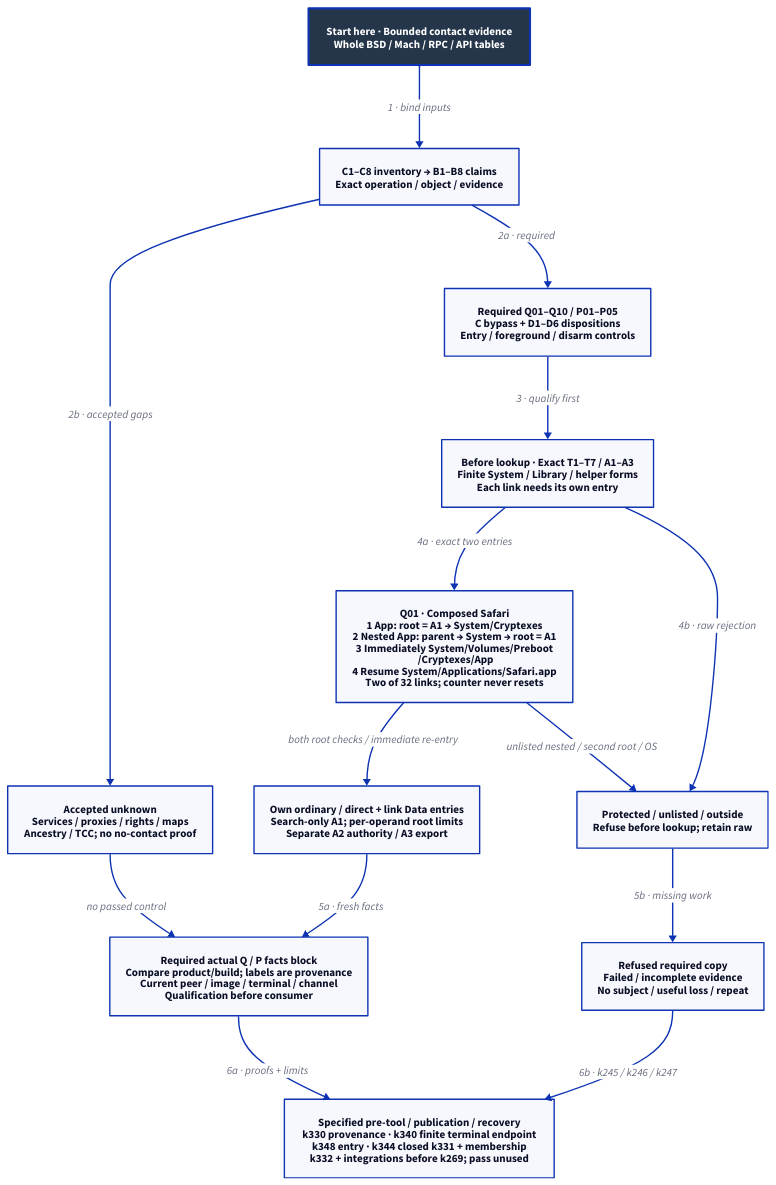
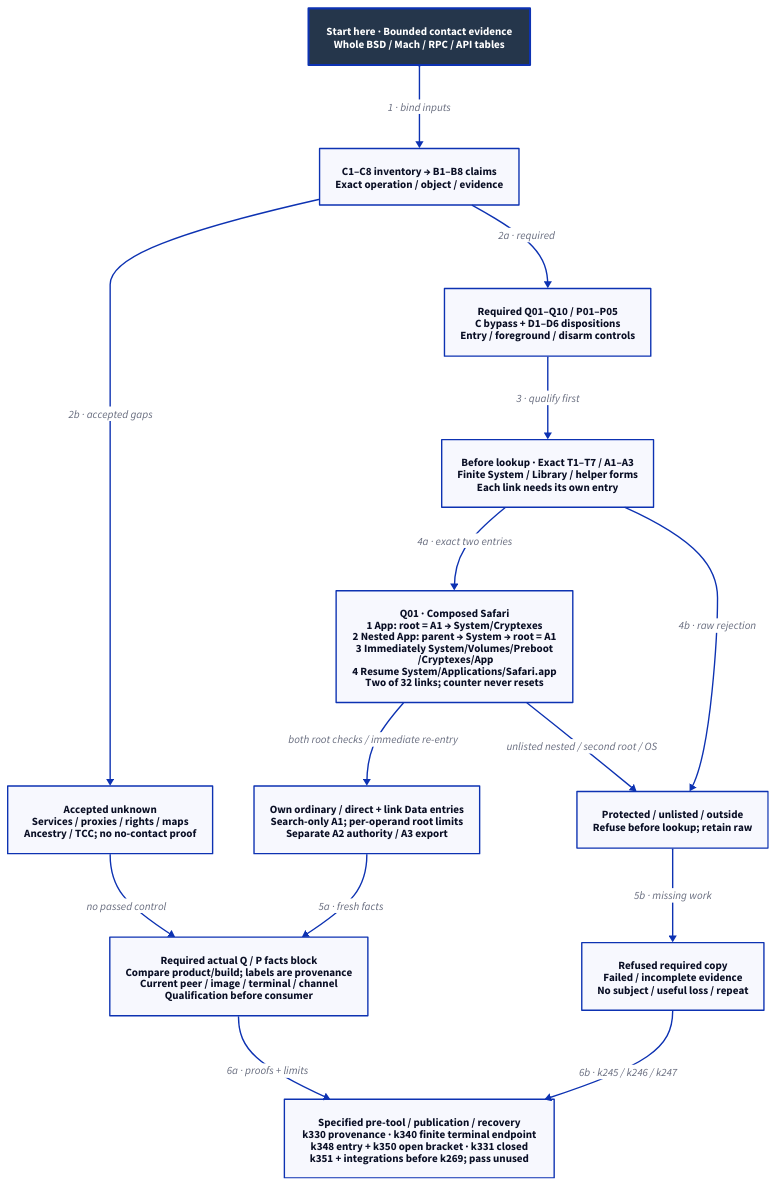
One commit to Linkuistics/Koine changed the diagram in docs/design/architecture/native-reference-contact.d2. Above: the diagram before and after it, drawn with D2. The commit also changed 30 other files, not shown here.

First line of the commit message:
Specify selection within an open inter-checkpoint bracket (reference-evidence-open-bracket-selection-k350)

```diff
--- a/docs/design/architecture/native-reference-contact.d2
+++ b/docs/design/architecture/native-reference-contact.d2
@@ -1,29 +1,29 @@
-# K344 closed k331 with new whole membership; k332 review and integrations precede use.
+# K350 open-bracket selection and membership; k351 review and integrations precede use.
 direction: down
 classes: {
   start: {style: {fill: "#25364B"; font-color: "#FFFFFF"; bold: true; stroke-width: 3}}
 }
 Start: "Start here · Bounded contact evidence\nWhole BSD / Mach / RPC / API tables" {class: start}
 Claims: "C1–C8 inventory → B1–B8 claims\nExact operation / object / evidence"
 Controls: "Required Q01–Q10 / P01–P05\nC bypass + D1–D6 dispositions\nEntry / foreground / disarm controls"
 Unknown: "Accepted unknown\nServices / proxies / rights / maps\nAncestry / TCC; no no-contact proof"
 Policy: "Before lookup · Exact T1–T7 / A1–A3\nFinite System / Library / helper forms\nEach link needs its own entry"
 Safari: "Q01 · Composed Safari\n1 App: root = A1 → System/Cryptexes\n2 Nested App: parent → System → root = A1\n3 Immediately System/Volumes/Preboot\n  /Cryptexes/App\n4 Resume System/Applications/Safari.app\nTwo of 32 links; counter never resets"
 Allowed: "Own ordinary / direct + link Data entries\nSearch-only A1; per-operand root limits\nSeparate A2 authority / A3 export"
 Refuse: "Protected / unlisted / outside\nRefuse before lookup; retain raw"
 Gate: "Required actual Q / P facts block\nCompare product/build; labels are provenance\nCurrent peer / image / terminal / channel\nQualification before consumer"
 Failed: "Refused required copy\nFailed / incomplete evidence\nNo subject / useful loss / repeat"
-Whole: "Specified pre-tool / publication / recovery\nk330 provenance · k340 finite terminal endpoint\nk348 entry · k344 closed k331 + membership\nk332 + integrations before k269; pass unused"
+Whole: "Specified pre-tool / publication / recovery\nk330 provenance · k340 finite terminal endpoint\nk348 entry + k350 open bracket · k331 closed\nk351 + integrations before k269; pass unused"
 Start -> Claims: "1 · bind inputs"
 Claims -> Controls: "2a · required"
 Claims -> Unknown: "2b · accepted gaps"
 Controls -> Policy: "3 · qualify first"
 Unknown -> Gate: "no passed control"
 Policy -> Safari: "4a · exact two entries"
 Safari -> Allowed: "both root checks / immediate re-entry"
 Safari -> Refuse: "unlisted nested / second root / OS"
 Policy -> Refuse: "4b · raw rejection"
 Allowed -> Gate: "5a · fresh facts"
 Refuse -> Failed: "5b · missing work"
 Gate -> Whole: "6a · proofs + limits"
 Failed -> Whole: "6b · k245 / k246 / k247"
```
